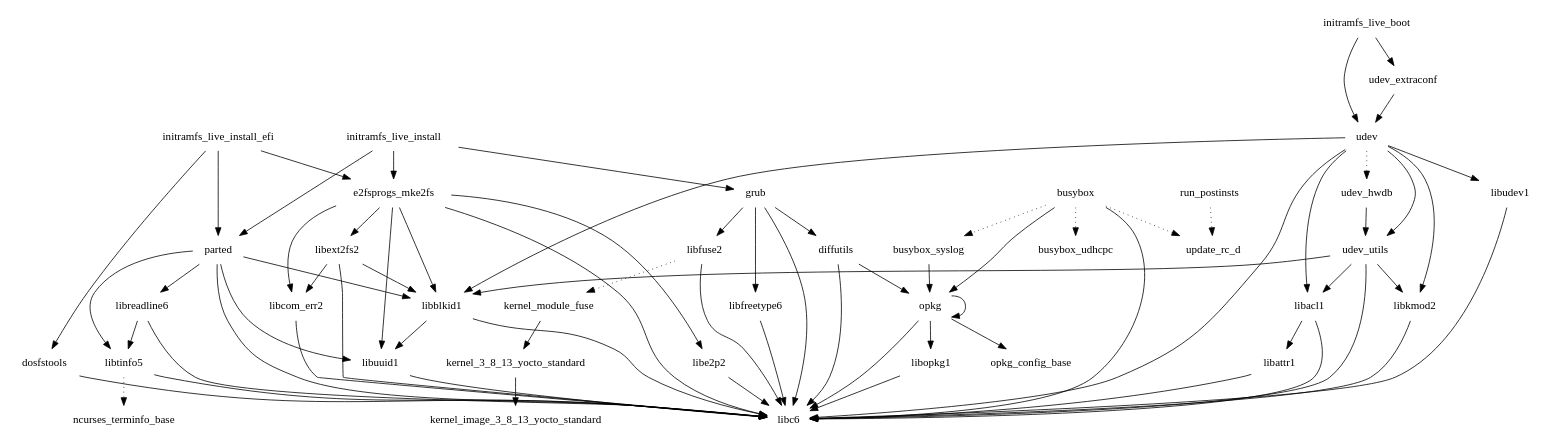
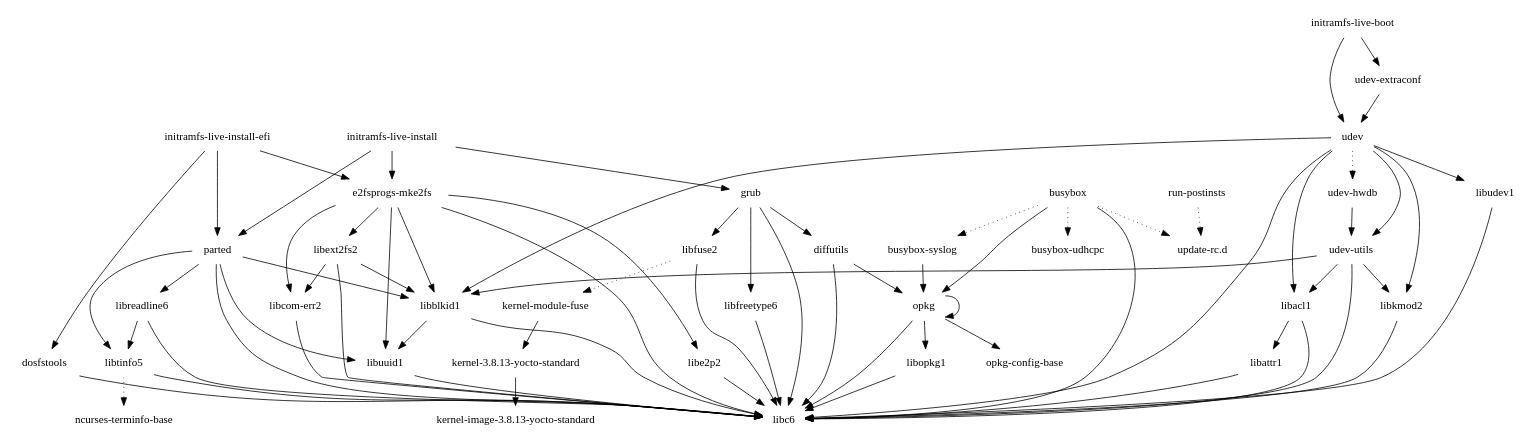
Before and after one commit to Angstrom-distribution/buildhistory: the diagram in images/minnow/eglibc/core-image-minimal-initramfs/depends.dot, drawn with Graphviz. The commit also changed 15 other files, not shown here.

```diff
--- a/images/minnow/eglibc/core-image-minimal-initramfs/depends.dot
+++ b/images/minnow/eglibc/core-image-minimal-initramfs/depends.dot
@@ -1,76 +1,76 @@
 digraph depends {
     node [shape=plaintext]
-busybox -> busybox_syslog [style=dotted];
-busybox -> busybox_udhcpc [style=dotted];
-busybox -> libc6;
-busybox -> opkg;
-busybox -> update_rc_d [style=dotted];
-busybox_syslog -> opkg;
-diffutils -> libc6;
-diffutils -> opkg;
-dosfstools -> libc6;
-e2fsprogs_mke2fs -> libblkid1;
-e2fsprogs_mke2fs -> libc6;
-e2fsprogs_mke2fs -> libcom_err2;
-e2fsprogs_mke2fs -> libe2p2;
-e2fsprogs_mke2fs -> libext2fs2;
-e2fsprogs_mke2fs -> libuuid1;
-grub -> diffutils;
-grub -> libc6;
-grub -> libfreetype6;
-grub -> libfuse2;
-initramfs_live_boot -> udev;
-initramfs_live_boot -> udev_extraconf;
-initramfs_live_install -> e2fsprogs_mke2fs;
-initramfs_live_install -> grub;
-initramfs_live_install -> parted;
-initramfs_live_install_efi -> dosfstools;
-initramfs_live_install_efi -> e2fsprogs_mke2fs;
-initramfs_live_install_efi -> parted;
-kernel_3_8_13_yocto_standard -> kernel_image_3_8_13_yocto_standard;
-kernel_module_fuse -> kernel_3_8_13_yocto_standard;
-libacl1 -> libattr1;
-libacl1 -> libc6;
-libattr1 -> libc6;
-libblkid1 -> libc6;
-libblkid1 -> libuuid1;
-libcom_err2 -> libc6;
-libe2p2 -> libc6;
-libext2fs2 -> libblkid1;
-libext2fs2 -> libc6;
-libext2fs2 -> libcom_err2;
-libfreetype6 -> libc6;
-libfuse2 -> kernel_module_fuse [style=dotted];
-libfuse2 -> libc6;
-libkmod2 -> libc6;
-libopkg1 -> libc6;
-libreadline6 -> libc6;
-libreadline6 -> libtinfo5;
-libtinfo5 -> libc6;
-libtinfo5 -> ncurses_terminfo_base [style=dotted];
-libudev1 -> libc6;
-libuuid1 -> libc6;
-opkg -> libc6;
-opkg -> libopkg1;
-opkg -> opkg;
-opkg -> opkg_config_base;
-parted -> libblkid1;
-parted -> libc6;
-parted -> libreadline6;
-parted -> libtinfo5;
-parted -> libuuid1;
-run_postinsts -> update_rc_d [style=dotted];
-udev -> libacl1;
-udev -> libblkid1;
-udev -> libc6;
-udev -> libkmod2;
-udev -> libudev1;
-udev -> udev_hwdb [style=dotted];
-udev -> udev_utils;
-udev_extraconf -> udev;
-udev_hwdb -> udev_utils;
-udev_utils -> libacl1;
-udev_utils -> libblkid1;
-udev_utils -> libc6;
-udev_utils -> libkmod2;
+"busybox" -> "busybox-syslog" [style=dotted];
+"busybox" -> "busybox-udhcpc" [style=dotted];
+"busybox" -> "libc6";
+"busybox" -> "opkg";
+"busybox" -> "update-rc.d" [style=dotted];
+"busybox-syslog" -> "opkg";
+"diffutils" -> "libc6";
+"diffutils" -> "opkg";
+"dosfstools" -> "libc6";
+"e2fsprogs-mke2fs" -> "libblkid1";
+"e2fsprogs-mke2fs" -> "libc6";
+"e2fsprogs-mke2fs" -> "libcom-err2";
+"e2fsprogs-mke2fs" -> "libe2p2";
+"e2fsprogs-mke2fs" -> "libext2fs2";
+"e2fsprogs-mke2fs" -> "libuuid1";
+"grub" -> "diffutils";
+"grub" -> "libc6";
+"grub" -> "libfreetype6";
+"grub" -> "libfuse2";
+"initramfs-live-boot" -> "udev";
+"initramfs-live-boot" -> "udev-extraconf";
+"initramfs-live-install" -> "e2fsprogs-mke2fs";
+"initramfs-live-install" -> "grub";
+"initramfs-live-install" -> "parted";
+"initramfs-live-install-efi" -> "dosfstools";
+"initramfs-live-install-efi" -> "e2fsprogs-mke2fs";
+"initramfs-live-install-efi" -> "parted";
+"kernel-3.8.13-yocto-standard" -> "kernel-image-3.8.13-yocto-standard";
+"kernel-module-fuse" -> "kernel-3.8.13-yocto-standard";
+"libacl1" -> "libattr1";
+"libacl1" -> "libc6";
+"libattr1" -> "libc6";
+"libblkid1" -> "libc6";
+"libblkid1" -> "libuuid1";
+"libcom-err2" -> "libc6";
+"libe2p2" -> "libc6";
+"libext2fs2" -> "libblkid1";
+"libext2fs2" -> "libc6";
+"libext2fs2" -> "libcom-err2";
+"libfreetype6" -> "libc6";
+"libfuse2" -> "kernel-module-fuse" [style=dotted];
+"libfuse2" -> "libc6";
+"libkmod2" -> "libc6";
+"libopkg1" -> "libc6";
+"libreadline6" -> "libc6";
+"libreadline6" -> "libtinfo5";
+"libtinfo5" -> "libc6";
+"libtinfo5" -> "ncurses-terminfo-base" [style=dotted];
+"libudev1" -> "libc6";
+"libuuid1" -> "libc6";
+"opkg" -> "libc6";
+"opkg" -> "libopkg1";
+"opkg" -> "opkg";
+"opkg" -> "opkg-config-base";
+"parted" -> "libblkid1";
+"parted" -> "libc6";
+"parted" -> "libreadline6";
+"parted" -> "libtinfo5";
+"parted" -> "libuuid1";
+"run-postinsts" -> "update-rc.d" [style=dotted];
+"udev" -> "libacl1";
+"udev" -> "libblkid1";
+"udev" -> "libc6";
+"udev" -> "libkmod2";
+"udev" -> "libudev1";
+"udev" -> "udev-hwdb" [style=dotted];
+"udev" -> "udev-utils";
+"udev-extraconf" -> "udev";
+"udev-hwdb" -> "udev-utils";
+"udev-utils" -> "libacl1";
+"udev-utils" -> "libblkid1";
+"udev-utils" -> "libc6";
+"udev-utils" -> "libkmod2";
 }
```
